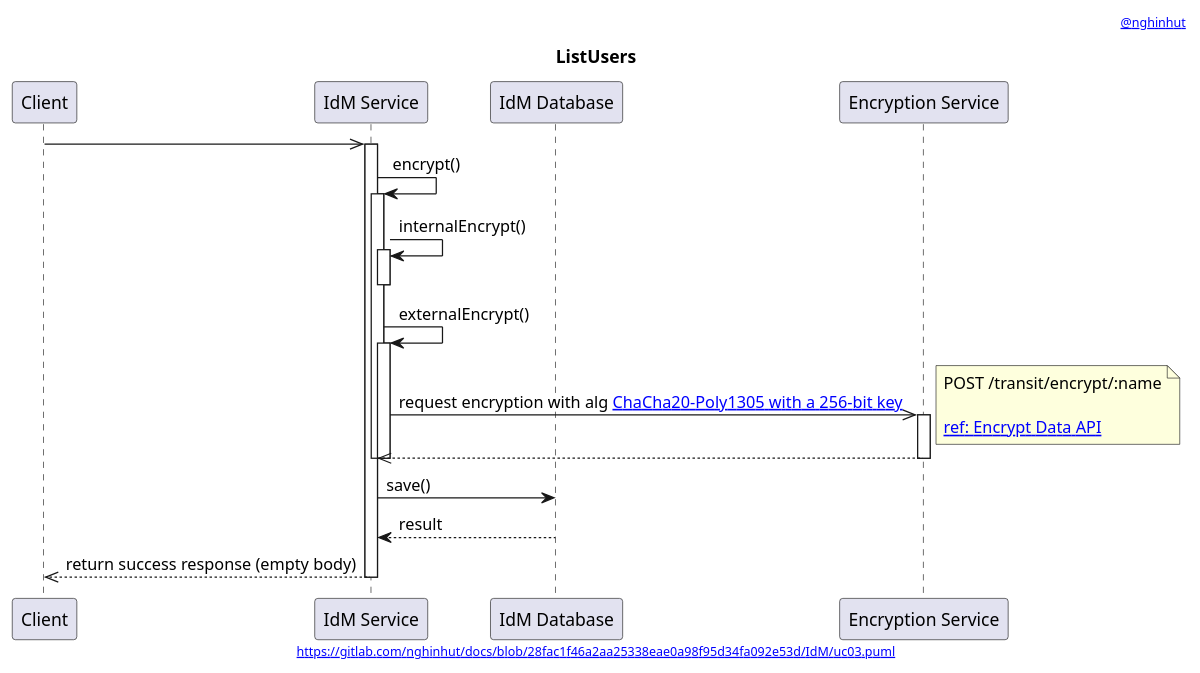
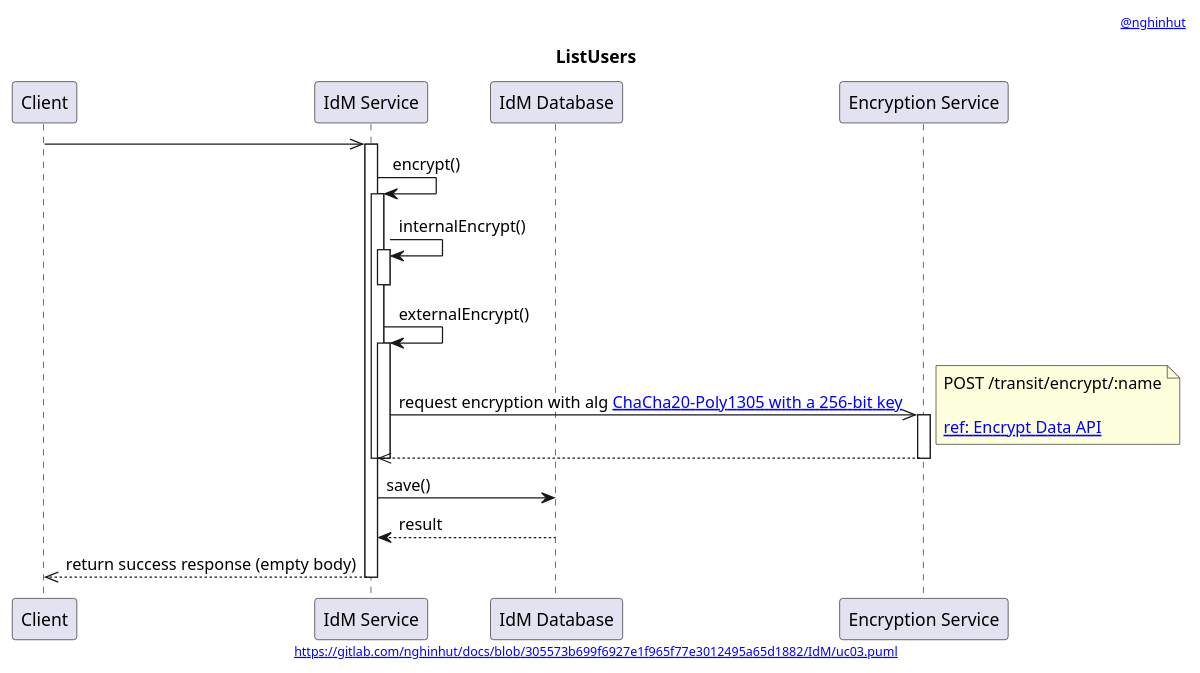
One commit to nghinhut/docs changed the diagram in IdM/uc03.sequence.puml. Above: the diagram before and after it, drawn with PlantUML. The commit also changed 17 other files, not shown here.

Commit message:
Update diagrams

```diff
--- a/IdM/uc03.sequence.puml
+++ b/IdM/uc03.sequence.puml
@@ -1,43 +1,43 @@
 @startuml
 '-----START auto generated metadata please keep comment here to allow auto update-----
 '-----DON'T EDIT THIS SECTION, INSTEAD RE-RUN prebuild.sh TO UPDATE-----
-header [[www.nghinhut.dev?from=http%5C%3A%5C%2F%5C%2Fwww%5C.plantuml%5C.com%5C%2Fplantuml%5C%2Fproxy%3Ffmt%3Dsvg%5C%26src%3Dhttps%5C%3A%5C%2F%5C%2Fgitlab%5C.com%5C%2Fnghinhut%5C%2Fdocs%5C%2Fraw%5C%2F28fac1f46a2aa25338eae0a98f95d34fa092e53d%5C%2FIdM%5C%2Fuc03%5C.puml%0A @nghinhut]]
-footer [[http://www.plantuml.com/plantuml/proxy?fmt=svg&src=https://gitlab.com/nghinhut/docs/raw/28fac1f46a2aa25338eae0a98f95d34fa092e53d/IdM/uc03.puml https://gitlab.com/nghinhut/docs/blob/28fac1f46a2aa25338eae0a98f95d34fa092e53d/IdM/uc03.puml]]
+header [[www.nghinhut.dev?from=http%5C%3A%5C%2F%5C%2Fwww%5C.plantuml%5C.com%5C%2Fplantuml%5C%2Fproxy%3Ffmt%3Dsvg%5C%26src%3Dhttps%5C%3A%5C%2F%5C%2Fgitlab%5C.com%5C%2Fnghinhut%5C%2Fdocs%5C%2Fraw%5C%2F305573b699f6927e1f965f77e3012495a65d1882%5C%2FIdM%5C%2Fuc03%5C.puml%0A @nghinhut]]
+footer [[http://www.plantuml.com/plantuml/proxy?fmt=svg&src=https://gitlab.com/nghinhut/docs/raw/305573b699f6927e1f965f77e3012495a65d1882/IdM/uc03.puml https://gitlab.com/nghinhut/docs/blob/305573b699f6927e1f965f77e3012495a65d1882/IdM/uc03.puml]]
 '-----END auto generated metadata please keep comment here to allow auto update-----
 title ListUsers
 
 participant "Client" as client
 participant "IdM Service" as idm
 participant "IdM Database" as db
 participant "Encryption Service" as es
 
 client ->> idm
 activate idm
 
 idm -> idm : encrypt()
 activate idm
 idm -> idm : internalEncrypt()
 activate idm
 deactivate idm
 
 idm -> idm : externalEncrypt()
 activate idm
 idm ->> es : request encryption with alg [[https://www.vaultproject.io/docs/secrets/transit/index.html#chacha20-poly1305 ChaCha20-Poly1305 with a 256-bit key]]
 note right
     POST /transit/encrypt/:name
 
     [[https://www.vaultproject.io/api/secret/transit/index.html#encrypt-data ref: Encrypt Data API]]
 end note
 activate es
 idm <<-- es
 deactivate es
 deactivate idm
 deactivate idm
 
 idm -> db : save()
 idm <-- db : result
 
 client <<-- idm : return success response (empty body)
 deactivate idm
 
 @enduml
```
